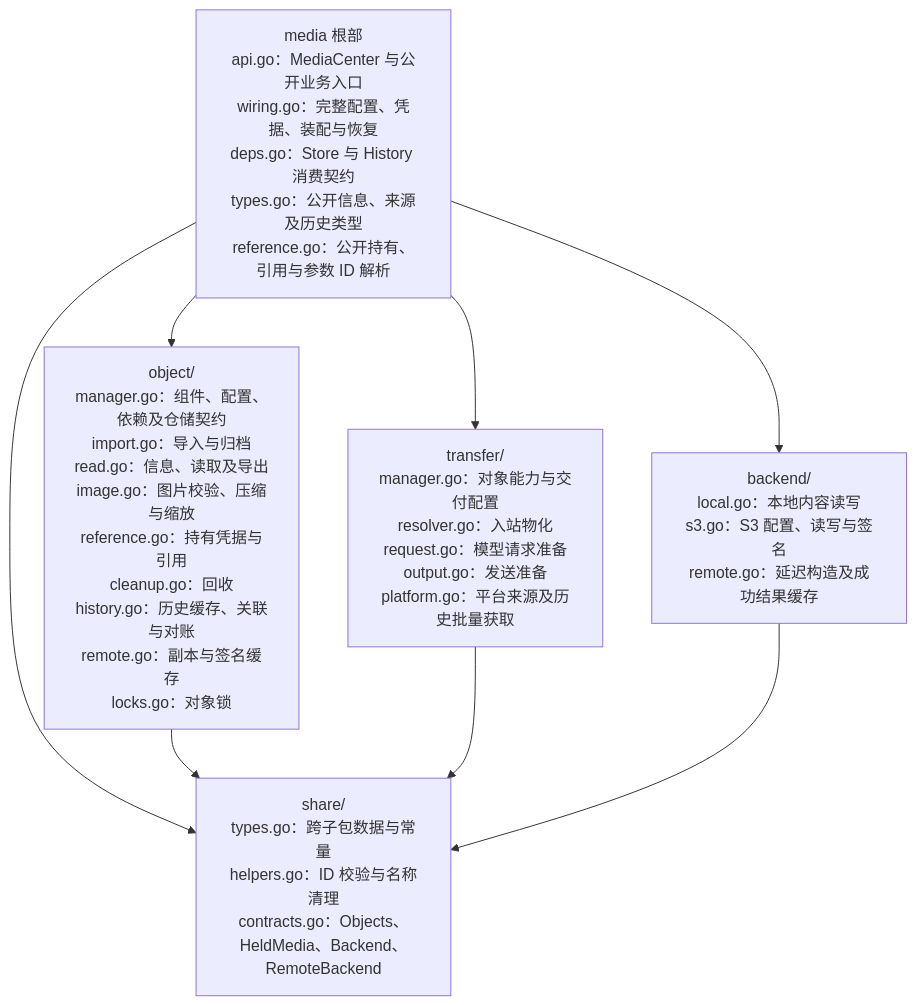
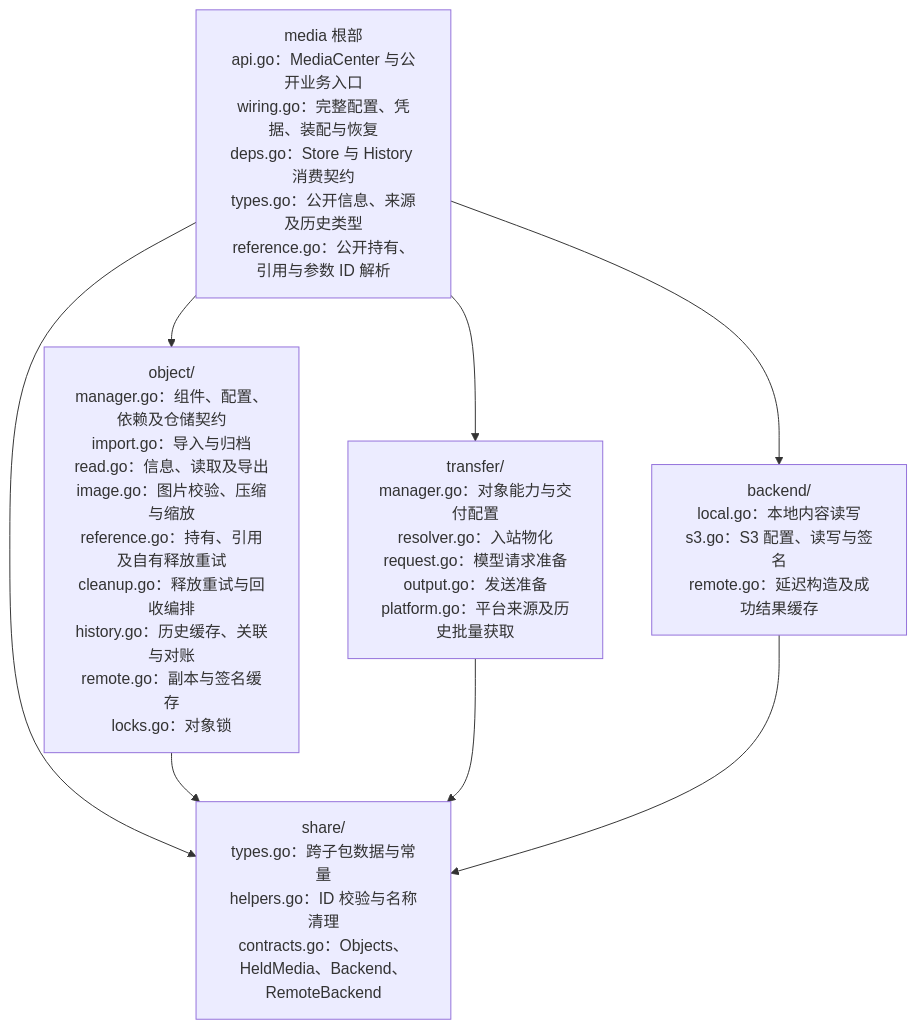
The second of 3 diagrams in devdocs/app-design.md (Elflare/elbot), drawn with Mermaid before and after one commit. The commit also changed other lines of this file and 19 other files, not shown here.

````diff
--- a/devdocs/app-design.md
+++ b/devdocs/app-design.md
@@ -108,15 +108,15 @@
 ```mermaid
 flowchart TB
     R["media 根部<br/>api.go：MediaCenter 与公开业务入口<br/>wiring.go：完整配置、凭据、装配与恢复<br/>deps.go：Store 与 History 消费契约<br/>types.go：公开信息、来源及历史类型<br/>reference.go：公开持有、引用与参数 ID 解析"]
-    O["object/<br/>manager.go：组件、配置、依赖及仓储契约<br/>import.go：导入与归档<br/>read.go：信息、读取及导出<br/>image.go：图片校验、压缩与缩放<br/>reference.go：持有凭据与引用<br/>cleanup.go：回收<br/>history.go：历史缓存、关联与对账<br/>remote.go：副本与签名缓存<br/>locks.go：对象锁"]
+    O["object/<br/>manager.go：组件、配置、依赖及仓储契约<br/>import.go：导入与归档<br/>read.go：信息、读取及导出<br/>image.go：图片校验、压缩与缩放<br/>reference.go：持有、引用及自有释放重试<br/>cleanup.go：释放重试与回收编排<br/>history.go：历史缓存、关联与对账<br/>remote.go：副本与签名缓存<br/>locks.go：对象锁"]
     T["transfer/<br/>manager.go：对象能力与交付配置<br/>resolver.go：入站物化<br/>request.go：模型请求准备<br/>output.go：发送准备<br/>platform.go：平台来源及历史批量获取"]
     B["backend/<br/>local.go：本地内容读写<br/>s3.go：S3 配置、读写与签名<br/>remote.go：延迟构造及成功结果缓存"]
     S["share/<br/>types.go：跨子包数据与常量<br/>helpers.go：ID 校验与名称清理<br/>contracts.go：Objects、HeldMedia、Backend、RemoteBackend"]
     R --> O
     R --> T
     R --> B
     R --> S
     O --> S
     T --> S
     B --> S
 ```
````
